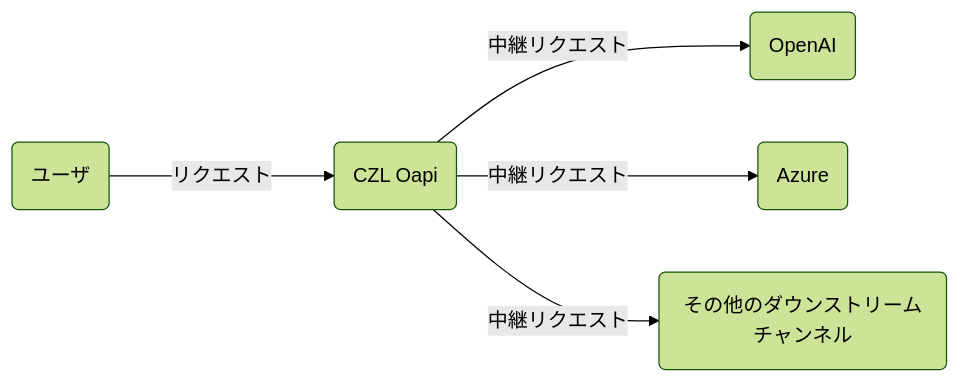
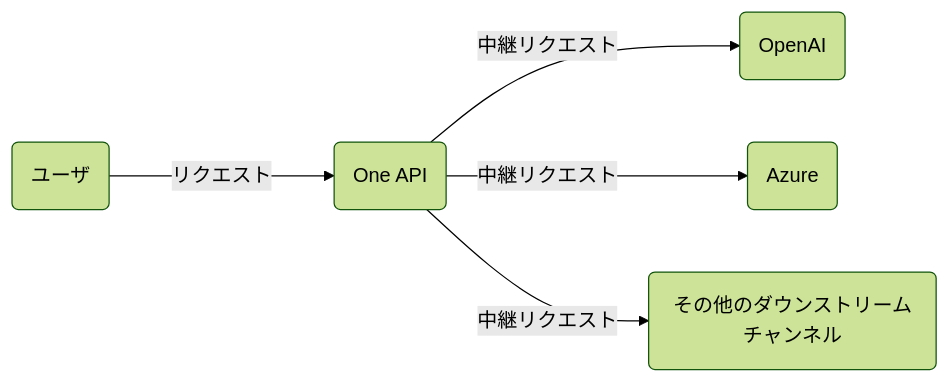
The diagram in README.ja.md (MartialBE/one-hub), drawn with Mermaid (forest theme) before and after one commit. The commit also changed other lines of this file and 26 other files, not shown here.

````diff
--- a/README.ja.md
+++ b/README.ja.md
@@ -246,8 +246,8 @@
 ```mermaid
 graph LR
     A(ユーザ)
-    A --->|リクエスト| B(CZL Oapi)
+    A --->|リクエスト| B(One API)
     B -->|中継リクエスト| C(OpenAI)
     B -->|中継リクエスト| D(Azure)
     B -->|中継リクエスト| E(その他のダウンストリームチャンネル)
 ```
````
